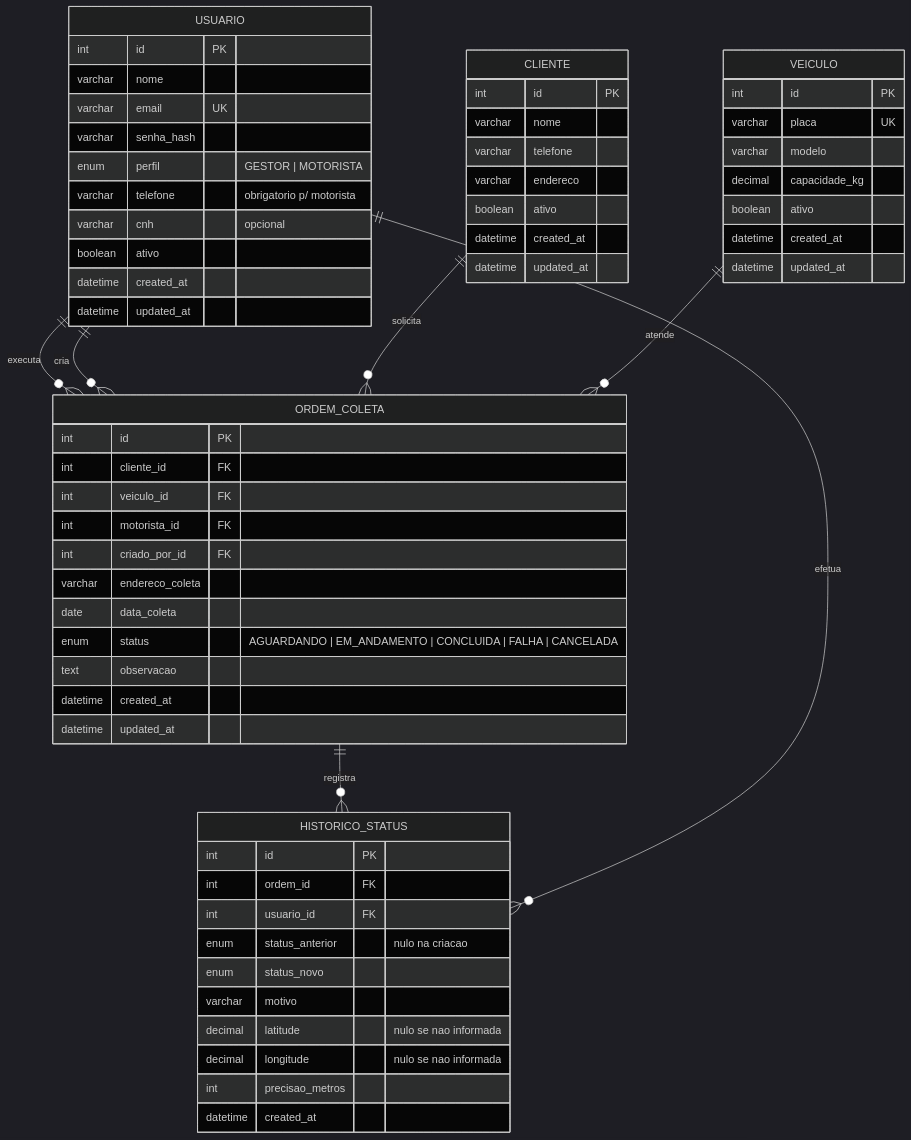
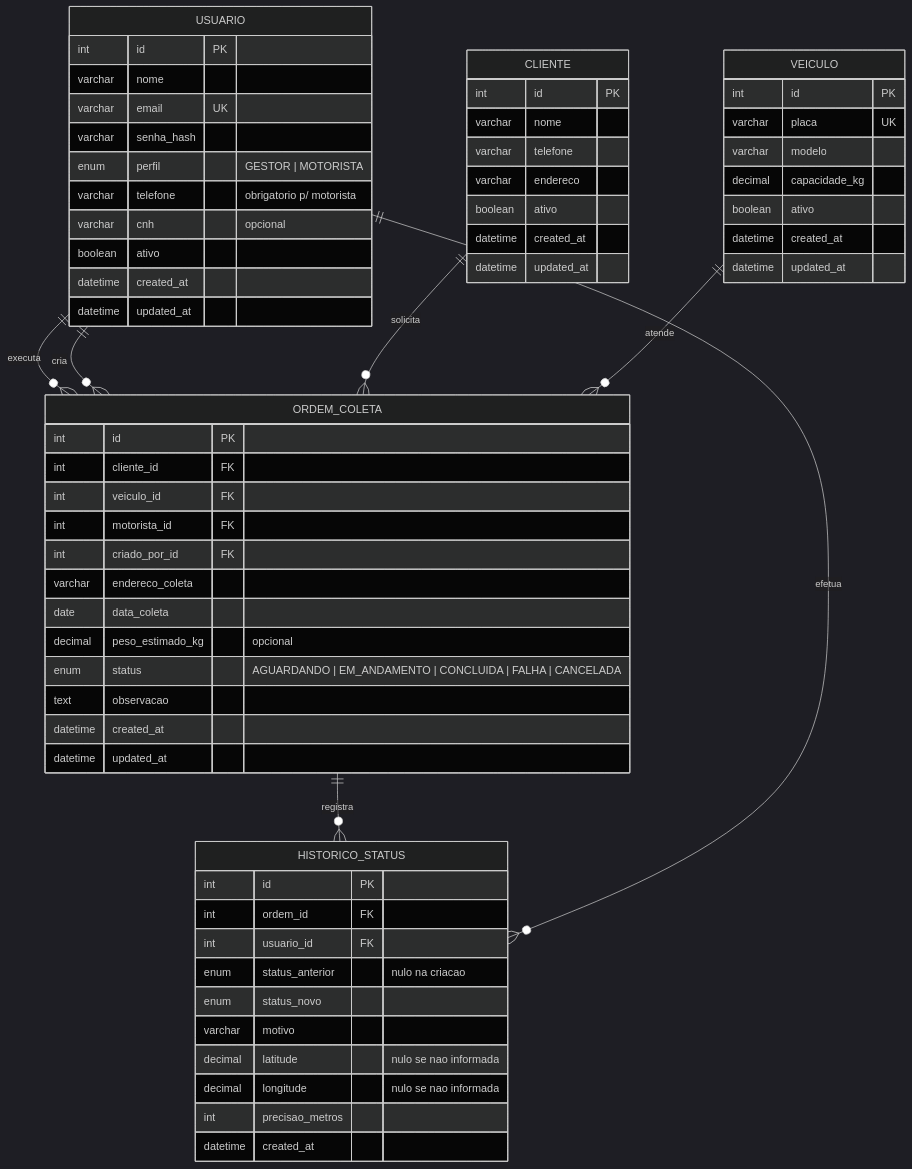
The first of 2 diagrams in docs/der.md (guifreiberger/sigcf), drawn with Mermaid (dark theme) before and after one commit. The commit also changed other lines of this file and 1 other file, not shown here.

Commit message:
docs: documenta peso estimado e inteligência na API e no modelo de dados

````diff
--- a/docs/der.md
+++ b/docs/der.md
@@ -3,69 +3,70 @@
 ```mermaid
 erDiagram
     USUARIO ||--o{ ORDEM_COLETA : "executa"
     USUARIO ||--o{ ORDEM_COLETA : "cria"
     CLIENTE ||--o{ ORDEM_COLETA : "solicita"
     VEICULO ||--o{ ORDEM_COLETA : "atende"
     ORDEM_COLETA ||--o{ HISTORICO_STATUS : "registra"
     USUARIO ||--o{ HISTORICO_STATUS : "efetua"
 
     USUARIO {
         int id PK
         varchar nome
         varchar email UK
         varchar senha_hash
         enum perfil "GESTOR | MOTORISTA"
         varchar telefone "obrigatorio p/ motorista"
         varchar cnh "opcional"
         boolean ativo
         datetime created_at
         datetime updated_at
     }
 
     VEICULO {
         int id PK
         varchar placa UK
         varchar modelo
         decimal capacidade_kg
         boolean ativo
         datetime created_at
         datetime updated_at
     }
 
     CLIENTE {
         int id PK
         varchar nome
         varchar telefone
         varchar endereco
         boolean ativo
         datetime created_at
         datetime updated_at
     }
 
     ORDEM_COLETA {
         int id PK
         int cliente_id FK
         int veiculo_id FK
         int motorista_id FK
         int criado_por_id FK
         varchar endereco_coleta
         date data_coleta
+        decimal peso_estimado_kg "opcional"
         enum status "AGUARDANDO | EM_ANDAMENTO | CONCLUIDA | FALHA | CANCELADA"
         text observacao
         datetime created_at
         datetime updated_at
     }
 
     HISTORICO_STATUS {
         int id PK
         int ordem_id FK
         int usuario_id FK
         enum status_anterior "nulo na criacao"
         enum status_novo
         varchar motivo
         decimal latitude "nulo se nao informada"
         decimal longitude "nulo se nao informada"
         int precisao_metros
         datetime created_at
     }
 ```
````
